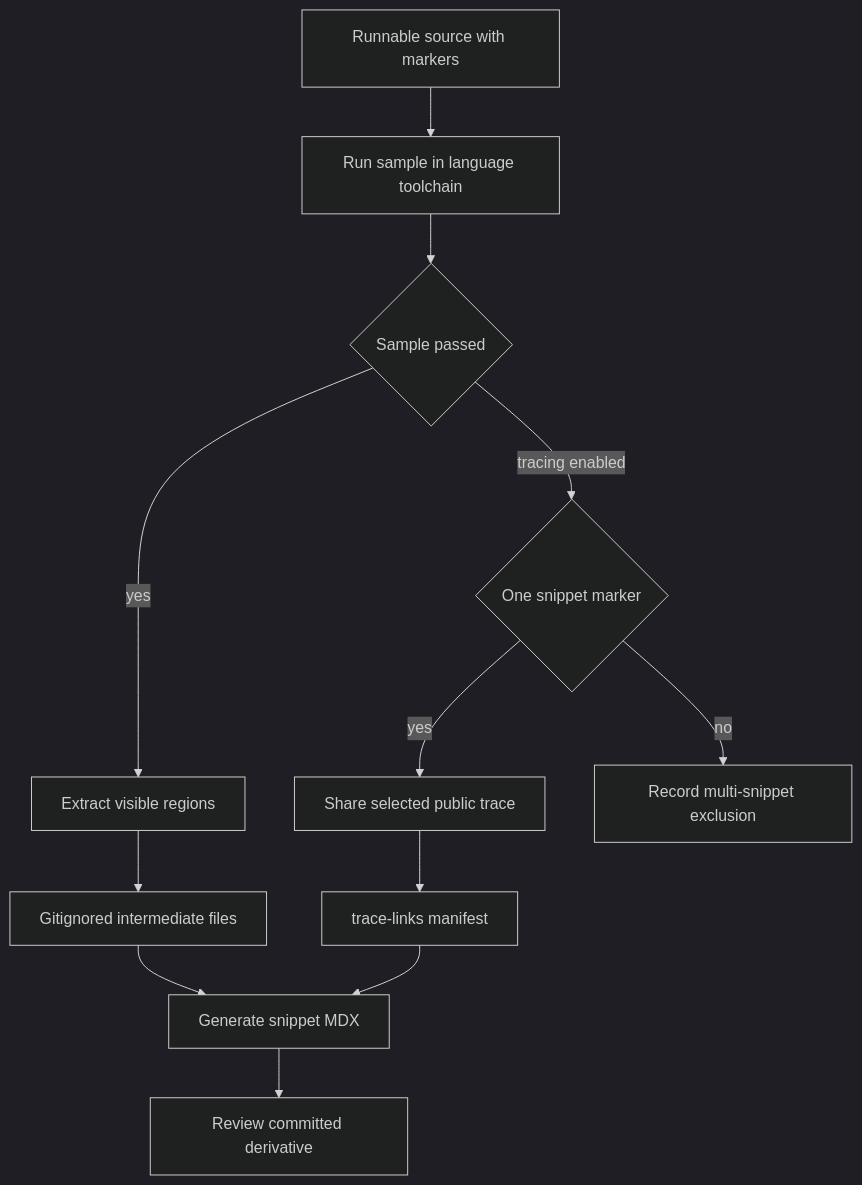
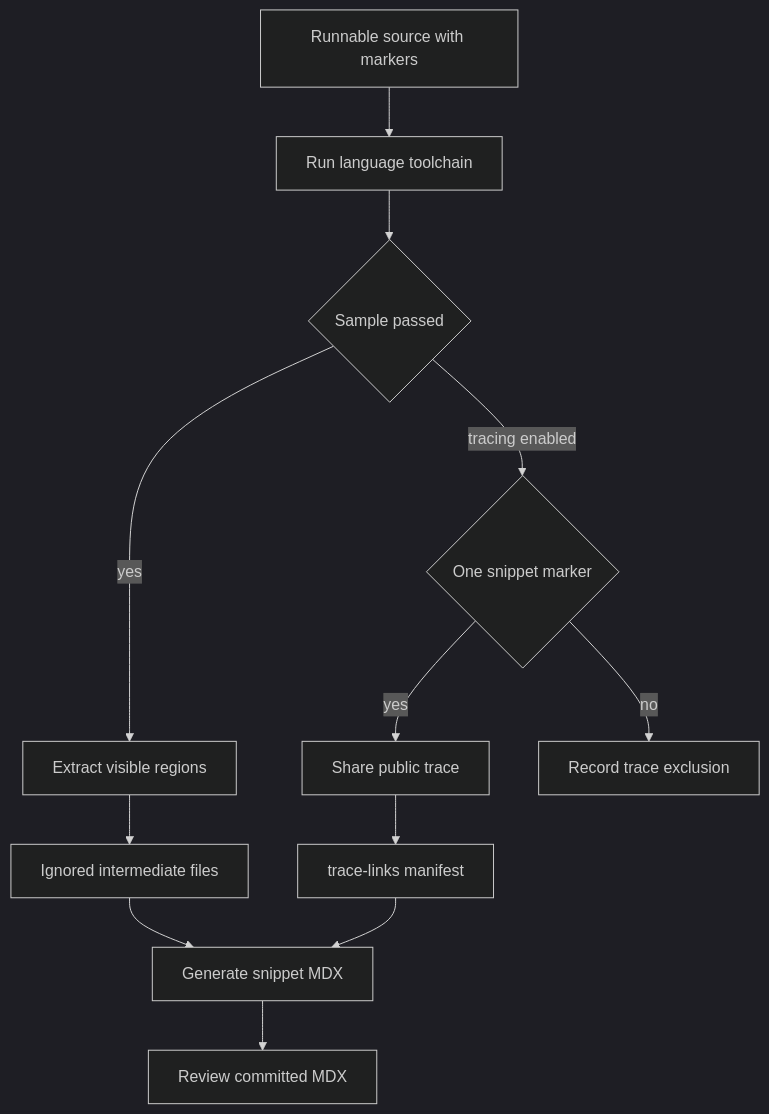
Before and after one commit to langchain-ai/docs: the diagram in openwiki/workflows/code-sample-lifecycle.md, drawn with Mermaid (dark theme). The commit also changed other lines of this file and 25 other files, not shown here.

````diff
--- a/openwiki/workflows/code-sample-lifecycle.md
+++ b/openwiki/workflows/code-sample-lifecycle.md
@@ -57,14 +55,14 @@
 ```mermaid
 flowchart TD
-  Source["Runnable source with markers"] --> Run["Run sample in language toolchain"]
-  Run --> Passed{"Sample passed"}
-  Passed -->|"yes"| Extract["Extract visible regions"]
-  Extract --> Intermediate["Gitignored intermediate files"]
+  Source["Runnable source with markers"] --> Run["Run language toolchain"]
+  Run --> Result{"Sample passed"}
+  Result -->|"yes"| Extract["Extract visible regions"]
+  Extract --> Intermediate["Ignored intermediate files"]
   Intermediate --> Generate["Generate snippet MDX"]
-  Generate --> Review["Review committed derivative"]
-  Passed -->|"tracing enabled"| Eligible{"One snippet marker"}
-  Eligible -->|"yes"| Share["Share selected public trace"]
+  Generate --> Review["Review committed MDX"]
+  Result -->|"tracing enabled"| Eligible{"One snippet marker"}
+  Eligible -->|"yes"| Share["Share public trace"]
   Share --> Manifest["trace-links manifest"]
   Manifest --> Generate
-  Eligible -->|"no"| Skip["Record multi-snippet exclusion"]
+  Eligible -->|"no"| Skip["Record trace exclusion"]
 ```
````
